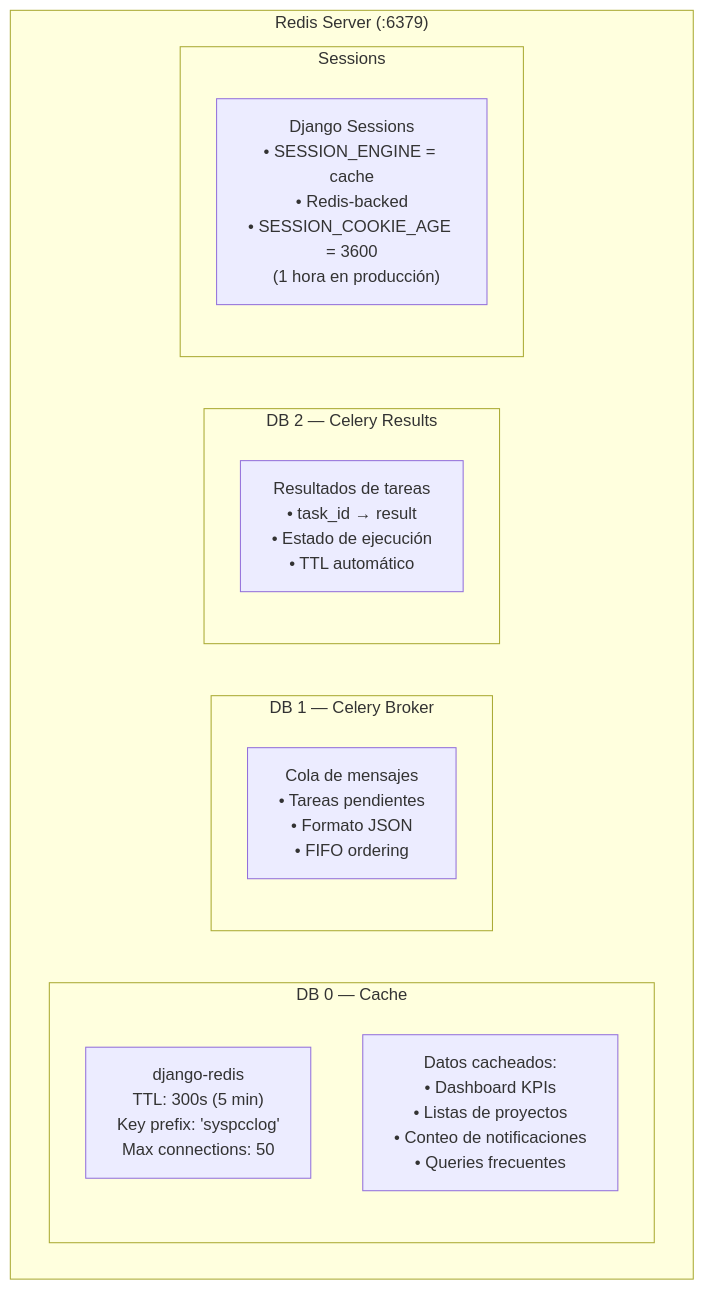
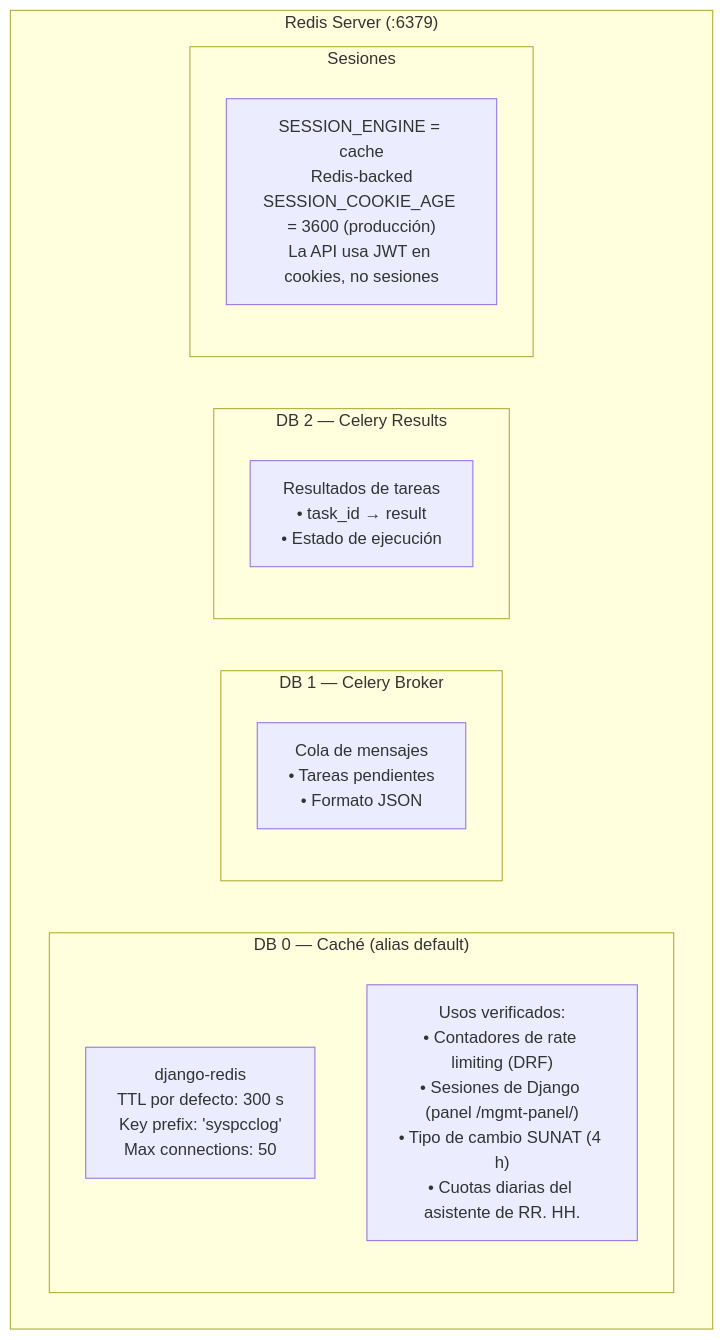
Diagram 17 of 19 in docs/03_Arquitectura_Bajo_Nivel.md (pccpegit/SYSPCCLOG), drawn with Mermaid before and after one commit. The commit also changed other lines of this file and 42 other files, not shown here.

````diff
--- a/docs/03_Arquitectura_Bajo_Nivel.md
+++ b/docs/03_Arquitectura_Bajo_Nivel.md
@@ -902,21 +1117,21 @@
 ```mermaid
 graph TB
     subgraph "Redis Server (:6379)"
-        subgraph "DB 0 — Cache"
-            C1["django-redis<br/>TTL: 300s (5 min)<br/>Key prefix: 'syspcclog'<br/>Max connections: 50"]
-            C2["Datos cacheados:<br/>• Dashboard KPIs<br/>• Listas de proyectos<br/>• Conteo de notificaciones<br/>• Queries frecuentes"]
+        subgraph "DB 0 — Caché (alias default)"
+            C1["django-redis<br/>TTL por defecto: 300 s<br/>Key prefix: 'syspcclog'<br/>Max connections: 50"]
+            C2["Usos verificados:<br/>• Contadores de rate limiting (DRF)<br/>• Sesiones de Django (panel /mgmt-panel/)<br/>• Tipo de cambio SUNAT (4 h)<br/>• Cuotas diarias del asistente de RR. HH."]
         end
 
         subgraph "DB 1 — Celery Broker"
-            B1["Cola de mensajes<br/>• Tareas pendientes<br/>• Formato JSON<br/>• FIFO ordering"]
+            B1["Cola de mensajes<br/>• Tareas pendientes<br/>• Formato JSON"]
         end
 
         subgraph "DB 2 — Celery Results"
-            R1["Resultados de tareas<br/>• task_id → result<br/>• Estado de ejecución<br/>• TTL automático"]
+            R1["Resultados de tareas<br/>• task_id → result<br/>• Estado de ejecución"]
         end
 
-        subgraph "Sessions"
-            SS["Django Sessions<br/>• SESSION_ENGINE = cache<br/>• Redis-backed<br/>• SESSION_COOKIE_AGE = 3600<br/>  (1 hora en producción)"]
+        subgraph "Sesiones"
+            SS["SESSION_ENGINE = cache<br/>Redis-backed<br/>SESSION_COOKIE_AGE = 3600 (producción)<br/>La API usa JWT en cookies, no sesiones"]
         end
     end
 ```
````
